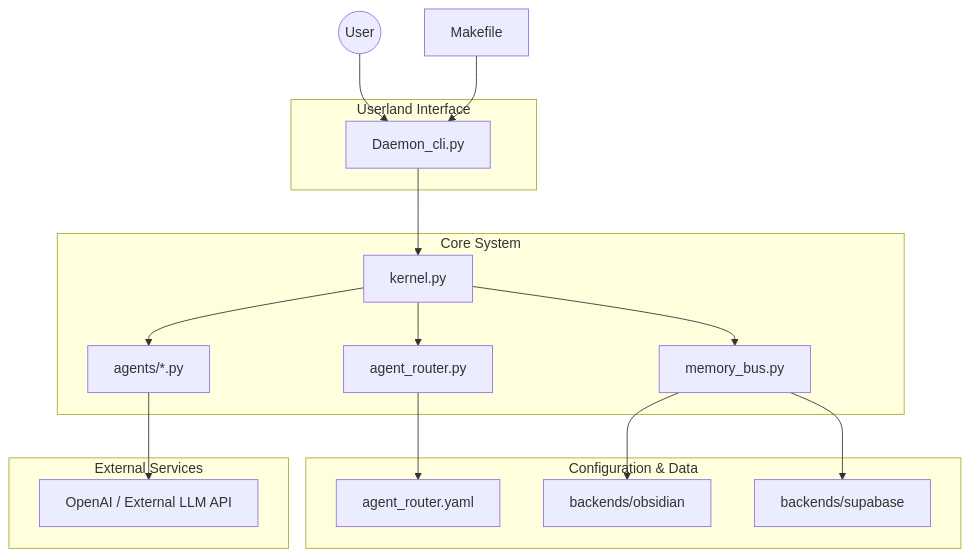
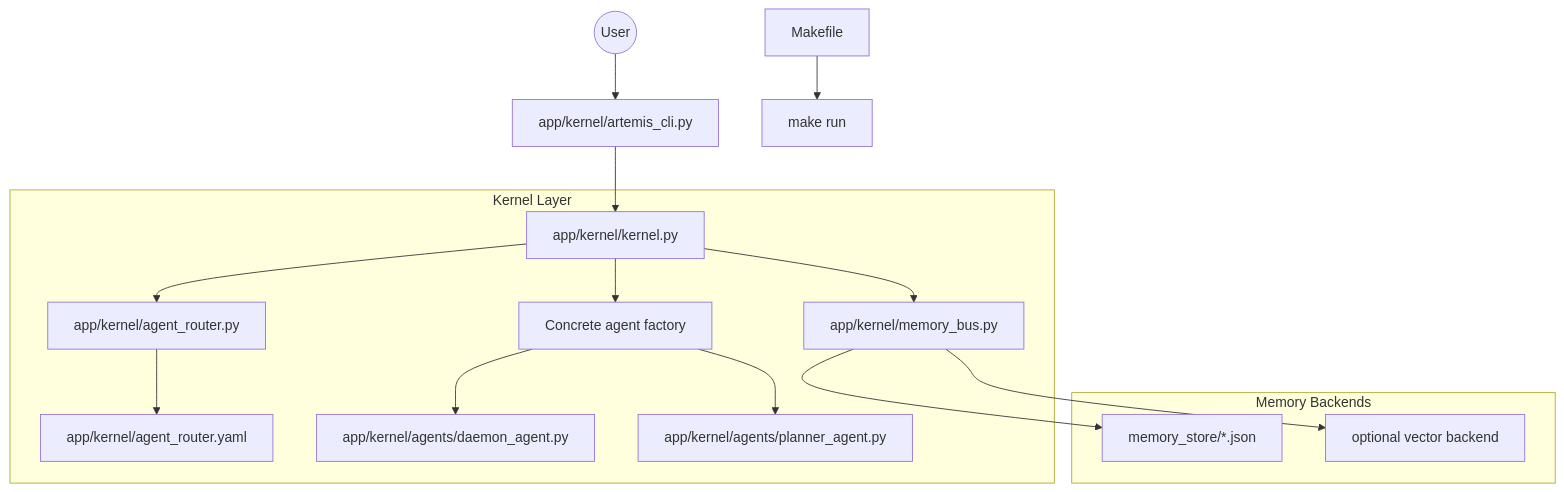
Before and after one commit to AgenticGovernace/AgenticGovernance-ArtemisCity: the first of 2 diagrams in docs/kernel.md, drawn with Mermaid. The commit also changed other lines of this file and 31 other files, not shown here.

````diff
--- a/docs/kernel.md
+++ b/docs/kernel.md
@@ -7,27 +14,20 @@
 ```mermaid
 graph TD
-    User((User)) --> CLI[Daemon_cli.py]
-    Makefile --> CLI
+    User((User)) --> CLI[app/kernel/artemis_cli.py]
+    Makefile --> CoreCLI[make run]
+    CLI --> Kernel[app/kernel/kernel.py]
 
-    subgraph "Userland Interface"
-        CLI
+    subgraph "Kernel Layer"
+        Kernel --> Router[app/kernel/agent_router.py]
+        Kernel --> MemoryBus[app/kernel/memory_bus.py]
+        Kernel --> AgentFactory[Concrete agent factory]
+        Router --> RouterConfig[app/kernel/agent_router.yaml]
+        AgentFactory --> DaemonAgent[app/kernel/agents/daemon_agent.py]
+        AgentFactory --> PlannerAgent[app/kernel/agents/planner_agent.py]
     end
 
-    CLI --> Kernel[kernel.py]
-
-    subgraph "Core System"
-        Kernel --> Router[agent_router.py]
-        Kernel --> MemoryBus[memory_bus.py]
-        Kernel --> Agents[agents/*.py]
-    end
-
-    subgraph "Configuration & Data"
-        Router --> RouterConfig[agent_router.yaml]
-        MemoryBus --> BackendObsidian[backends/obsidian]
-        MemoryBus --> BackendSupabase[backends/supabase]
-    end
-
-    subgraph "External Services"
-        Agents --> OpenAI[OpenAI / External LLM API]
+    subgraph "Memory Backends"
+        MemoryBus --> FileMemory[memory_store/*.json]
+        MemoryBus --> VectorMemory[optional vector backend]
     end
 ```
````
